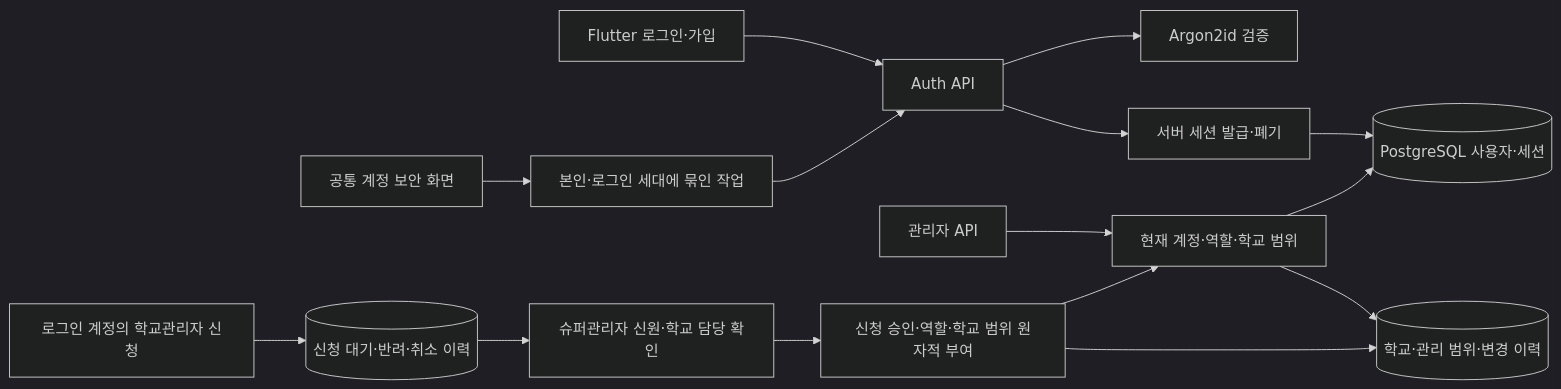
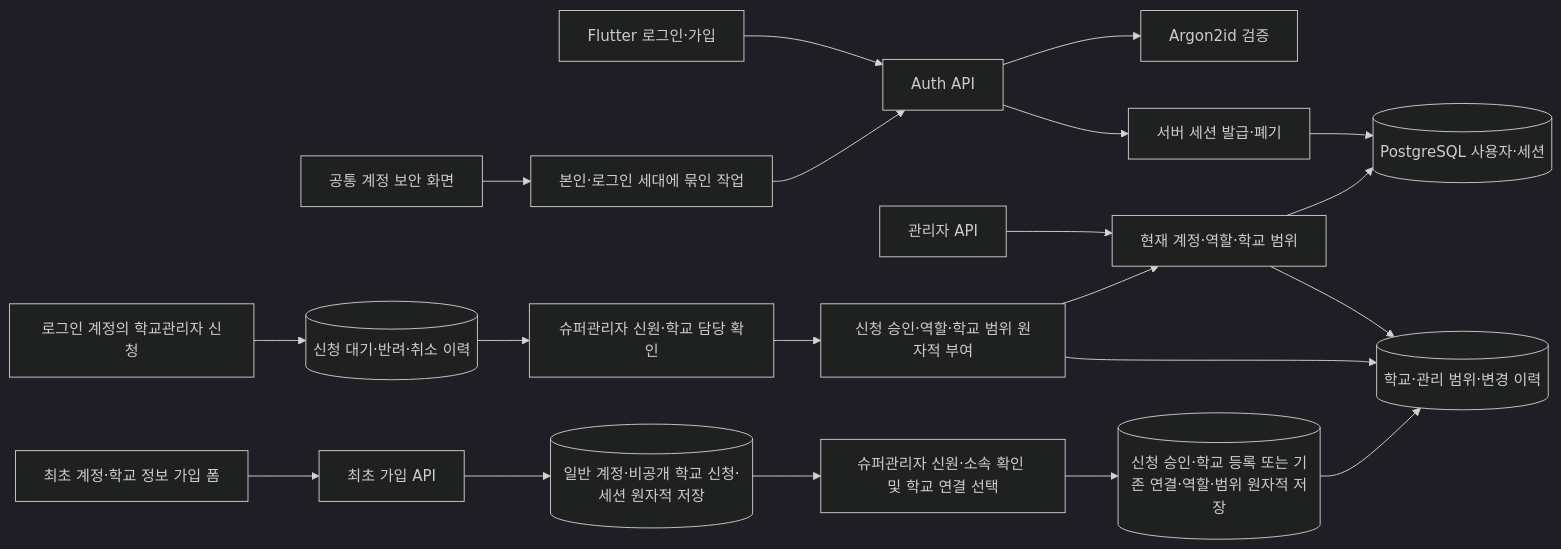
Before and after one commit to product04231125/UNIPATH: the seventh of 12 diagrams in docs/architecture-erd.md, drawn with Mermaid (dark theme). The commit also changed 32 other files, not shown here.

````diff
--- a/docs/architecture-erd.md
+++ b/docs/architecture-erd.md
@@ -206,17 +206,22 @@
 ```mermaid
 flowchart LR
     Login[Flutter 로그인·가입] --> AuthAPI[Auth API]
     AuthAPI --> Passwords[Argon2id 검증]
     AccountSecurity[공통 계정 보안 화면] --> BoundSecurity[본인·로그인 세대에 묶인 작업]
     BoundSecurity --> AuthAPI
     AuthAPI --> Sessions[서버 세션 발급·폐기]
     Sessions --> IdentityDB[(PostgreSQL 사용자·세션)]
     AdminAPI[관리자 API] --> Guard[현재 계정·역할·학교 범위]
     Guard --> IdentityDB
     Guard --> AccessDB[(학교·관리 범위·변경 이력)]
     Applicant[로그인 계정의 학교관리자 신청] --> Pending[(신청 대기·반려·취소 이력)]
     Pending --> ManualReview[슈퍼관리자 신원·학교 담당 확인]
     ManualReview --> AtomicGrant[신청 승인·역할·학교 범위 원자적 부여]
     AtomicGrant --> Guard
     AtomicGrant --> AccessDB
+    InitialSignup[최초 계정·학교 정보 가입 폼] --> SignupAPI[최초 가입 API]
+    SignupAPI --> AtomicReceipt[(일반 계정·비공개 학교 신청·세션 원자적 저장)]
+    AtomicReceipt --> ExplicitReview[슈퍼관리자 신원·소속 확인 및 학교 연결 선택]
+    ExplicitReview --> SchoolGrant[(신청 승인·학교 등록 또는 기존 연결·역할·범위 원자적 저장)]
+    SchoolGrant --> AccessDB
 ```
````
